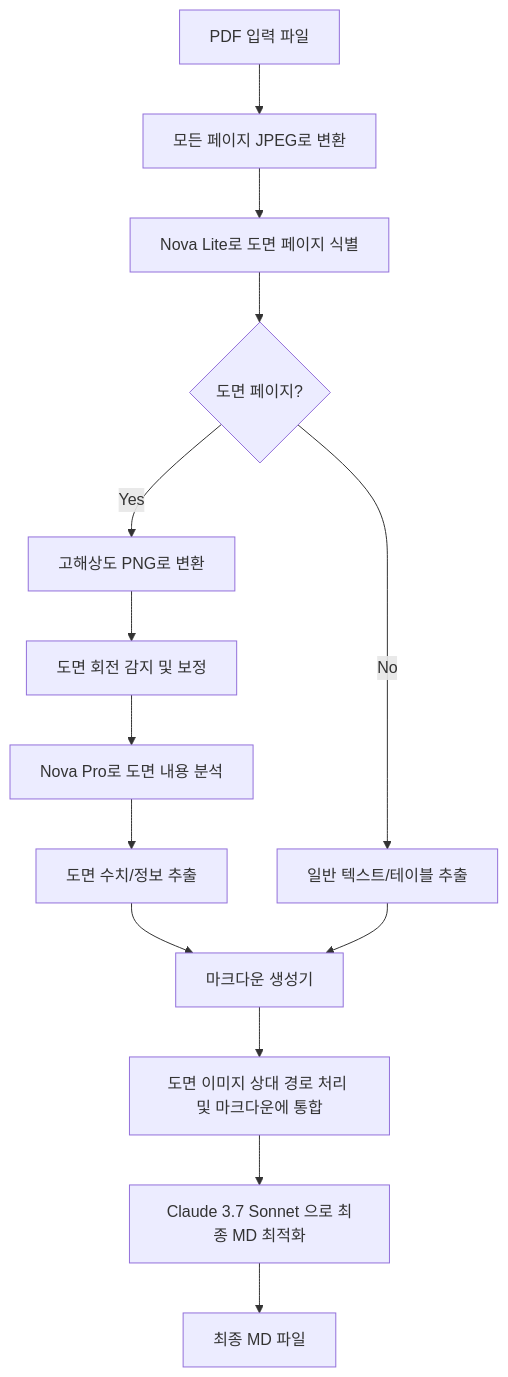
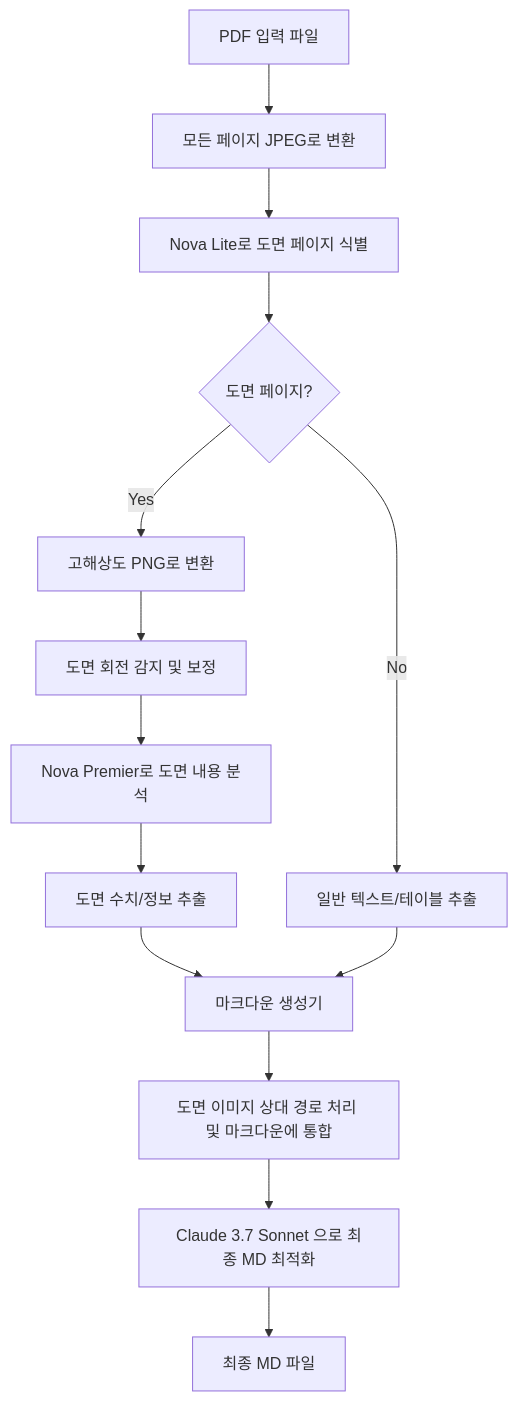
The diagram in README.md (jesamkim/diagram-parsing), drawn with Mermaid before and after one commit. The commit also changed other lines of this file and 5 other files, not shown here.

````diff
--- a/README.md
+++ b/README.md
@@ -59,16 +59,16 @@
 ```mermaid
 graph TD
     A[PDF 입력 파일] --> B[모든 페이지 JPEG로 변환]
     B --> C[Nova Lite로 도면 페이지 식별]
     C --> D{도면 페이지?}
     D -- Yes --> E[고해상도 PNG로 변환]
     E --> F[도면 회전 감지 및 보정]
-    F --> G[Nova Pro로 도면 내용 분석]
+    F --> G[Nova Premier로 도면 내용 분석]
     G --> H[도면 수치/정보 추출]
     D -- No --> I[일반 텍스트/테이블 추출]
     H --> J[마크다운 생성기]
     I --> J
     J --> K[도면 이미지 상대 경로 처리 및 마크다운에 통합]
     K --> L[Claude 3.7 Sonnet 으로 최종 MD 최적화]
     L --> M[최종 MD 파일]
 ```
````
